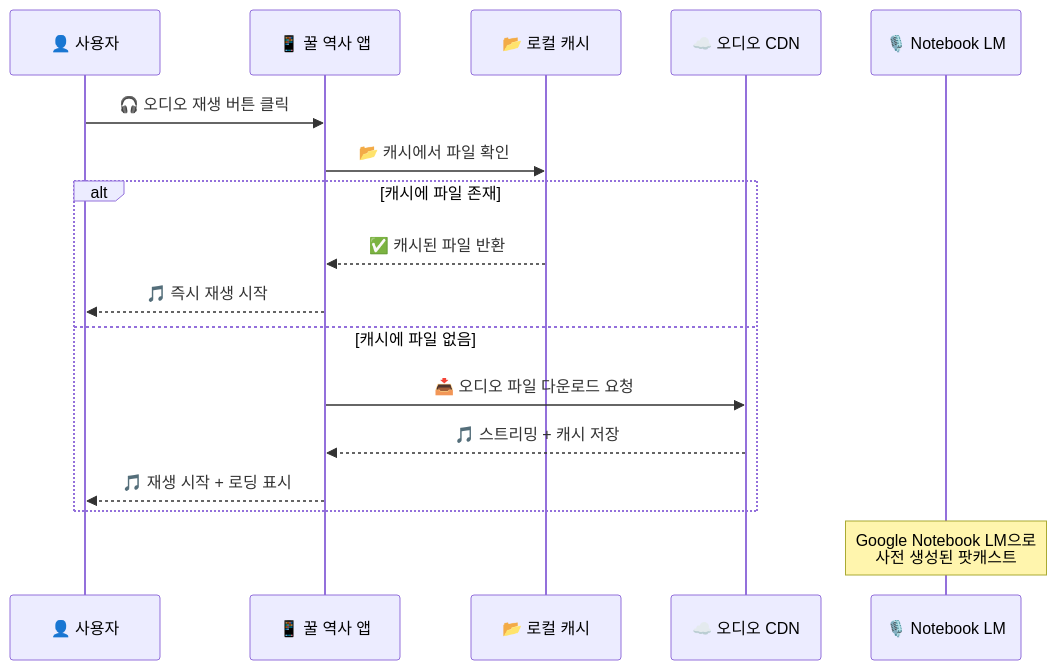
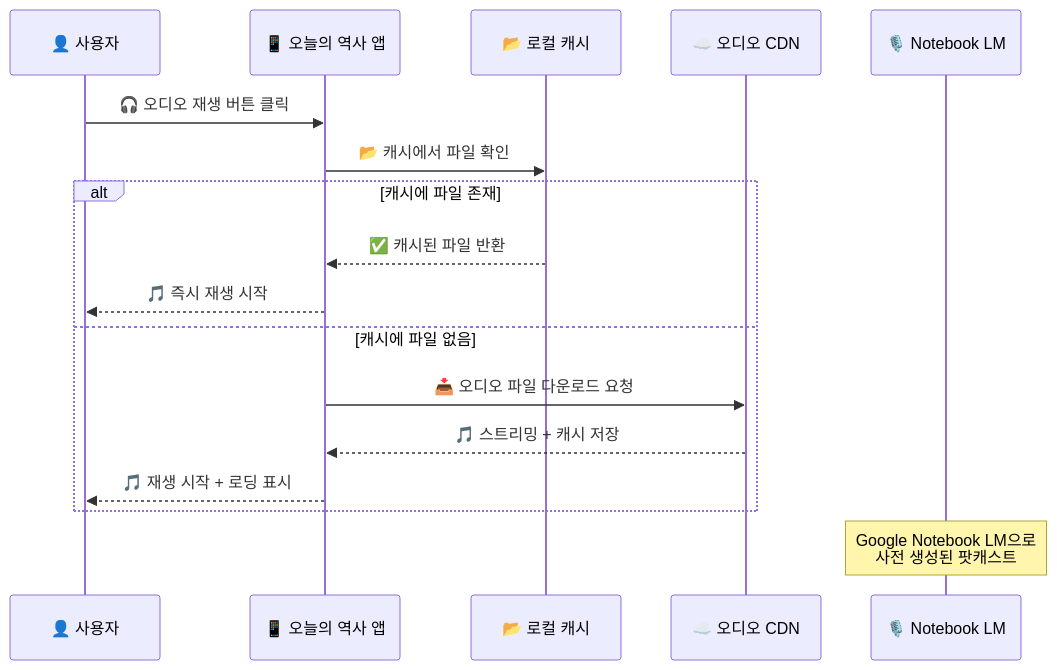
The second of 5 diagrams in flutter_proj/README.md (izowooi/honey-history), drawn with Mermaid before and after one commit. The commit also changed other lines of this file, not shown here.

````diff
--- a/flutter_proj/README.md
+++ b/flutter_proj/README.md
@@ -205,22 +205,22 @@
 ```mermaid
 sequenceDiagram
     participant User as 👤 사용자
-    participant App as 📱 꿀 역사 앱
+    participant App as 📱 오늘의 역사 앱
     participant Cache as 📂 로컬 캐시
     participant CDN as ☁️ 오디오 CDN
     participant LM as 🎙️ Notebook LM
 
     User->>App: 🎧 오디오 재생 버튼 클릭
     App->>Cache: 📂 캐시에서 파일 확인
     
     alt 캐시에 파일 존재
         Cache-->>App: ✅ 캐시된 파일 반환
         App-->>User: 🎵 즉시 재생 시작
     else 캐시에 파일 없음
         App->>CDN: 📥 오디오 파일 다운로드 요청
         CDN-->>App: 🎵 스트리밍 + 캐시 저장
         App-->>User: 🎵 재생 시작 + 로딩 표시
     end
     
     Note over LM: Google Notebook LM으로<br/>사전 생성된 팟캐스트
 ```
````
